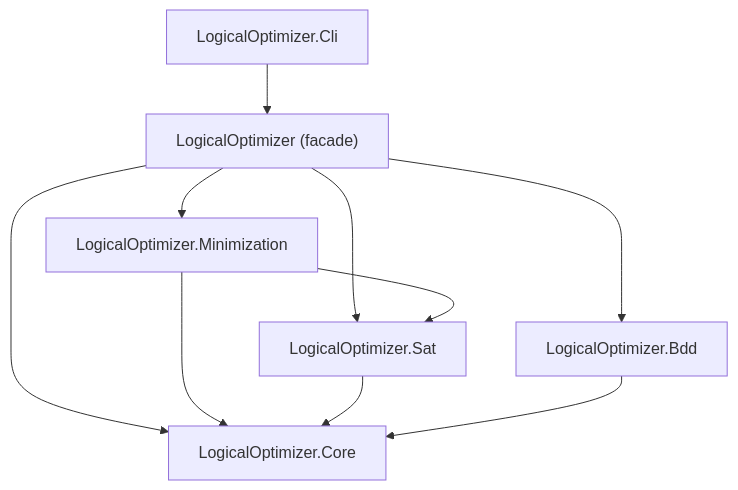
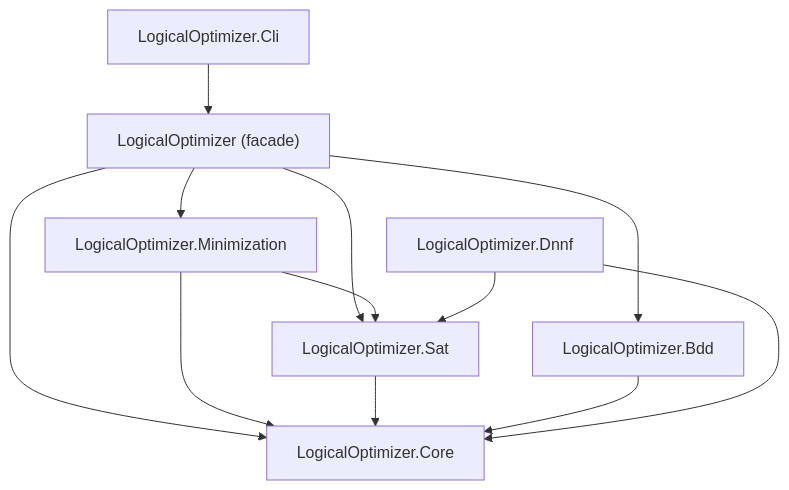
One commit to AlexanderV/LogicalOptimizer changed the first of 2 diagrams in docs-site/articles/packages-and-architecture.md. Above: the diagram before and after it, drawn with Mermaid. The commit also changed other lines of this file and 22 other files, not shown here.

````diff
--- a/docs-site/articles/packages-and-architecture.md
+++ b/docs-site/articles/packages-and-architecture.md
@@ -18,19 +22,22 @@
 ```mermaid
 graph TD
     CLI["LogicalOptimizer.Cli"]
     Facade["LogicalOptimizer (facade)"]
     Min["LogicalOptimizer.Minimization"]
     Sat["LogicalOptimizer.Sat"]
     Bdd["LogicalOptimizer.Bdd"]
+    Dnnf["LogicalOptimizer.Dnnf"]
     Core["LogicalOptimizer.Core"]
 
     CLI --> Facade
     Facade --> Min
     Facade --> Sat
     Facade --> Bdd
     Facade --> Core
     Min --> Sat
     Min --> Core
     Sat --> Core
     Bdd --> Core
+    Dnnf --> Sat
+    Dnnf --> Core
 ```
````
